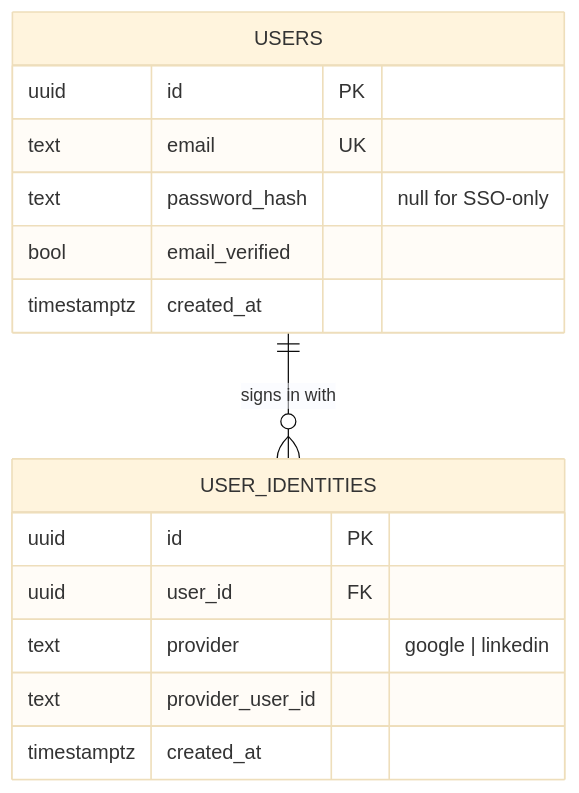
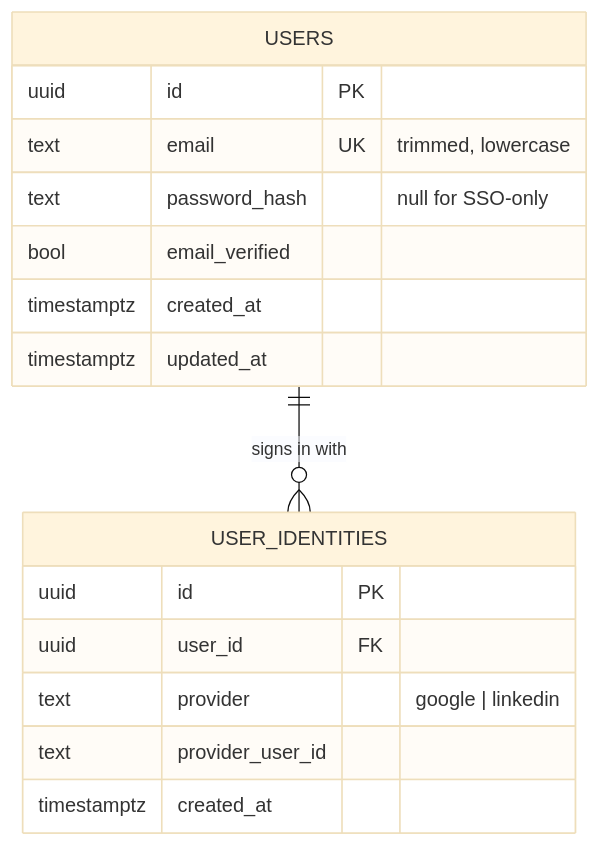
Before and after one commit to orimazrafi/job-assistant: the fourth of 4 diagrams in docs/features/auth.md, drawn with Mermaid (base theme). The commit also changed other lines of this file and 16 other files, not shown here.

````diff
--- a/docs/features/auth.md
+++ b/docs/features/auth.md
@@ -67,18 +67,19 @@
 ```mermaid
 erDiagram
     USERS ||--o{ USER_IDENTITIES : "signs in with"
     USERS {
         uuid id PK
-        text email UK
+        text email UK "trimmed, lowercase"
         text password_hash "null for SSO-only"
         bool email_verified
         timestamptz created_at
+        timestamptz updated_at
     }
     USER_IDENTITIES {
         uuid id PK
         uuid user_id FK
         text provider "google | linkedin"
         text provider_user_id
         timestamptz created_at
     }
 ```
````
